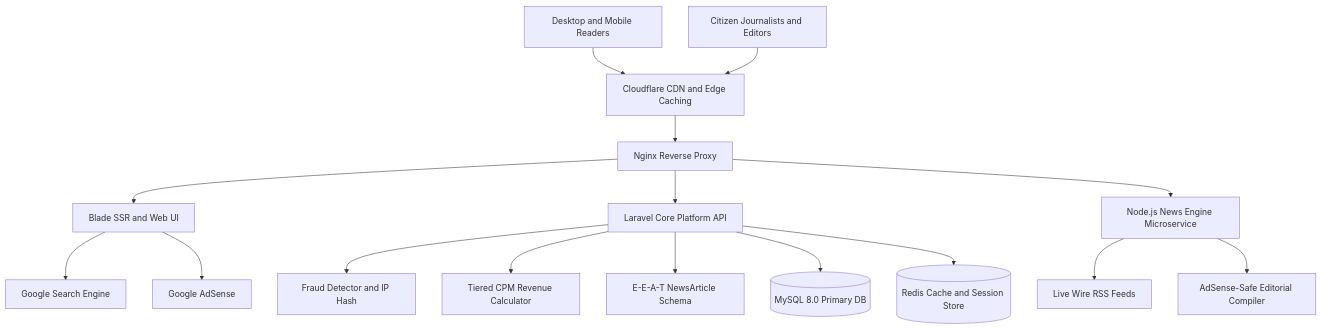
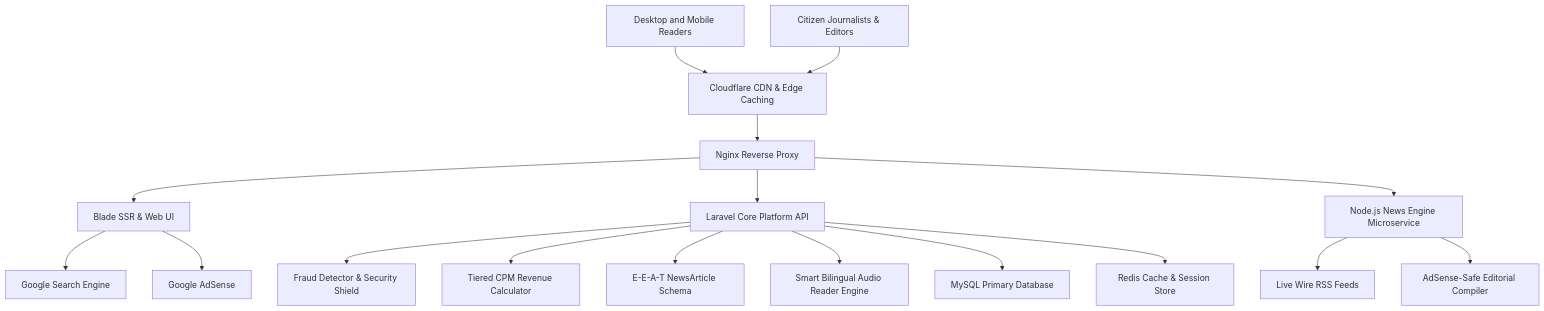
Before and after one commit to shajibsikder/jagatbarta-platform: the first of 2 diagrams in docs/ARCHITECTURE.md, drawn with Mermaid. The commit also changed 1 other file, not shown here.

Commit message:
docs: resolve Mermaid rendering syntax with quoted node labels for GitHub compatibility

````diff
--- a/docs/ARCHITECTURE.md
+++ b/docs/ARCHITECTURE.md
@@ -9,23 +9,24 @@
 ```mermaid
 graph TD
-    Readers[Desktop and Mobile Readers] --> Edge[Cloudflare CDN and Edge Caching]
-    Authors[Citizen Journalists and Editors] --> Edge
-    Edge --> Nginx[Nginx Reverse Proxy]
+    Readers["Desktop and Mobile Readers"] --> Edge["Cloudflare CDN & Edge Caching"]
+    Authors["Citizen Journalists & Editors"] --> Edge
+    Edge --> Nginx["Nginx Reverse Proxy"]
 
-    Nginx --> Presentation[Blade SSR and Web UI]
-    Nginx --> PlatformAPI[Laravel Core Platform API]
-    Nginx --> NewsEngine[Node.js News Engine Microservice]
+    Nginx --> Presentation["Blade SSR & Web UI"]
+    Nginx --> PlatformAPI["Laravel Core Platform API"]
+    Nginx --> NewsEngine["Node.js News Engine Microservice"]
 
-    NewsEngine --> Feeds[Live Wire RSS Feeds]
-    NewsEngine --> PromptGen[AdSense-Safe Editorial Compiler]
+    NewsEngine --> Feeds["Live Wire RSS Feeds"]
+    NewsEngine --> PromptGen["AdSense-Safe Editorial Compiler"]
 
-    PlatformAPI --> FraudShield[Fraud Detector and IP Hash]
-    PlatformAPI --> CpmEngine[Tiered CPM Revenue Calculator]
-    PlatformAPI --> SchemaGen[E-E-A-T NewsArticle Schema]
+    PlatformAPI --> FraudShield["Fraud Detector & Security Shield"]
+    PlatformAPI --> CpmEngine["Tiered CPM Revenue Calculator"]
+    PlatformAPI --> SchemaGen["E-E-A-T NewsArticle Schema"]
+    PlatformAPI --> AudioReader["Smart Bilingual Audio Reader Engine"]
 
-    PlatformAPI --> MySQL[(MySQL 8.0 Primary DB)]
-    PlatformAPI --> Redis[(Redis Cache and Session Store)]
+    PlatformAPI --> MySQL["MySQL Primary Database"]
+    PlatformAPI --> Redis["Redis Cache & Session Store"]
 
-    Presentation --> GoogleBot[Google Search Engine]
-    Presentation --> AdSense[Google AdSense]
+    Presentation --> GoogleBot["Google Search Engine"]
+    Presentation --> AdSense["Google AdSense"]
 ```
````
